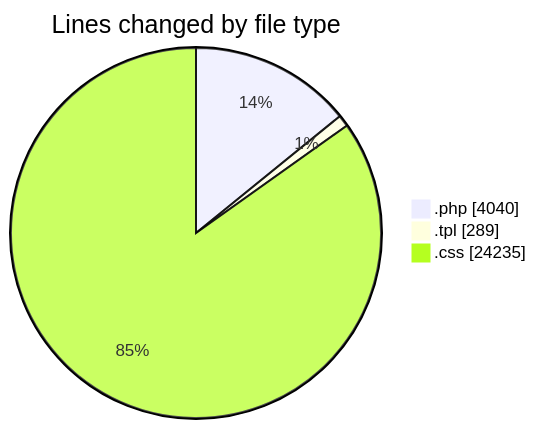
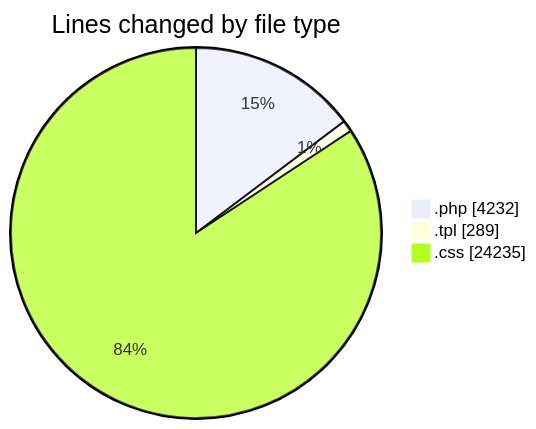
The first of 2 diagrams in 2025-04-18/zeytoon/README.md (vahidmafi/code-tracking), drawn with Mermaid before and after one commit. The commit also changed other lines of this file and 1 other file, not shown here.

````diff
--- a/2025-04-18/zeytoon/README.md
+++ b/2025-04-18/zeytoon/README.md
@@ -28,7 +29,7 @@
 ```mermaid
 pie showData
 title Lines changed by file type
-".php" : 4040
+".php" : 4232
 ".tpl" : 289
 ".css" : 24235
 ```
````
